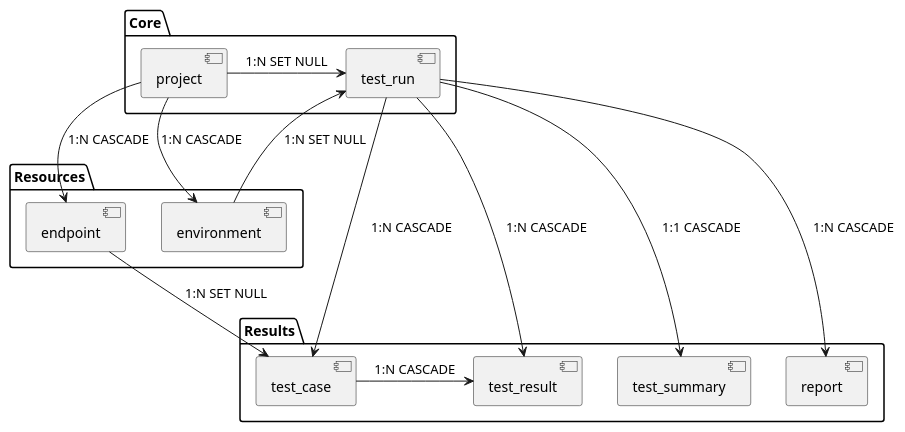
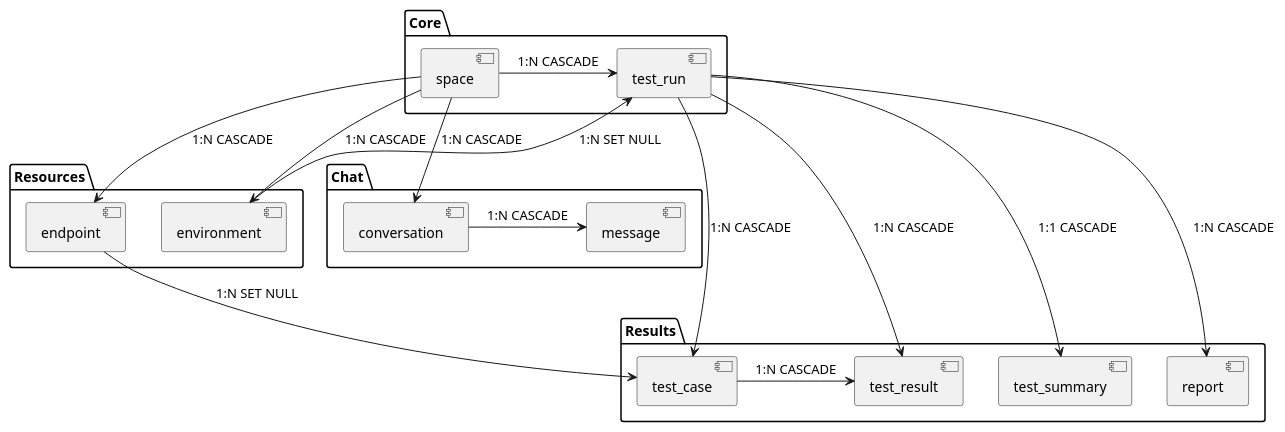
Before and after one commit to cmrhyq/LLMTestAgent: the second of 2 diagrams in doc/design/ER.md, drawn with PlantUML. The commit also changed other lines of this file and 19 other files, not shown here.

````diff
--- a/doc/design/ER.md
+++ b/doc/design/ER.md
@@ -141,31 +157,38 @@
 ```plantuml
 @startuml er-topology
 package "Core" {
-  [project] as P
+  [space] as P
   [test_run] as TR
 }
 
 package "Resources" {
   [environment] as ENV
   [endpoint] as EP
 }
 
 package "Results" {
   [test_case] as TC
   [test_result] as TRES
   [test_summary] as TS
   [report] as RPT
 }
 
+package "Chat" {
+  [conversation] as CONV
+  [message] as MSG
+}
+
 P -down-> ENV : "1:N CASCADE"
 P -down-> EP : "1:N CASCADE"
-P -right-> TR : "1:N SET NULL"
+P -right-> TR : "1:N CASCADE"
 ENV -right-> TR : "1:N SET NULL"
 TR -down-> TC : "1:N CASCADE"
 TR -down-> TRES : "1:N CASCADE"
 TR -down-> TS : "1:1 CASCADE"
 TR -down-> RPT : "1:N CASCADE"
 EP -down-> TC : "1:N SET NULL"
 TC -right-> TRES : "1:N CASCADE"
+P -down-> CONV : "1:N CASCADE"
+CONV -right-> MSG : "1:N CASCADE"
 @enduml
 ```
````
